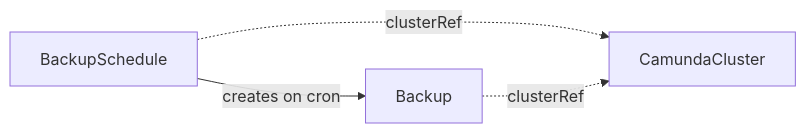
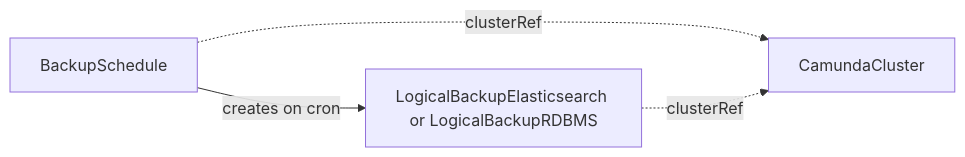
One commit to konsole-is/camunda-operator changed the diagram in docs/crds/backupschedule.md. Above: the diagram before and after it, drawn with Mermaid. The commit also changed other lines of this file and 1 other file, not shown here.

First line of the commit message:
docs: drop the removed backup kinds from the schedule page (#71)

````diff
--- a/docs/crds/backupschedule.md
+++ b/docs/crds/backupschedule.md
@@ -21,6 +24,6 @@
 ```mermaid
 graph LR
-    BS[BackupSchedule] -->|creates on cron| B[Backup]
+    BS[BackupSchedule] -->|creates on cron| LB[LogicalBackupElasticsearch or LogicalBackupRDBMS]
     BS -.->|clusterRef| CC[CamundaCluster]
-    B -.->|clusterRef| CC
+    LB -.->|clusterRef| CC
 ```
````
